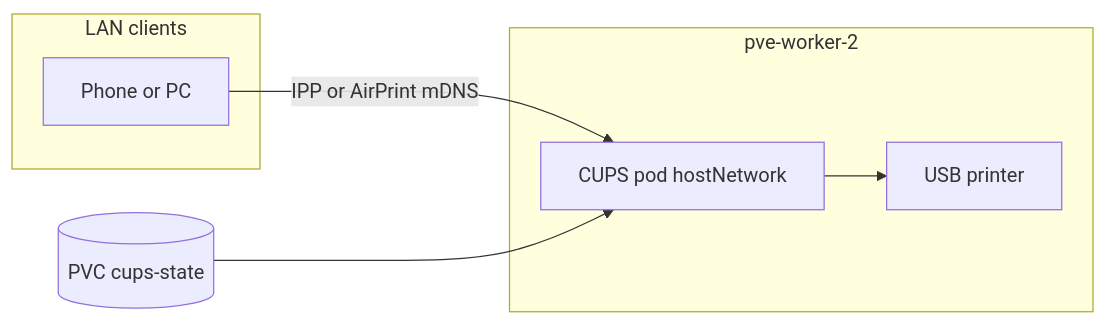
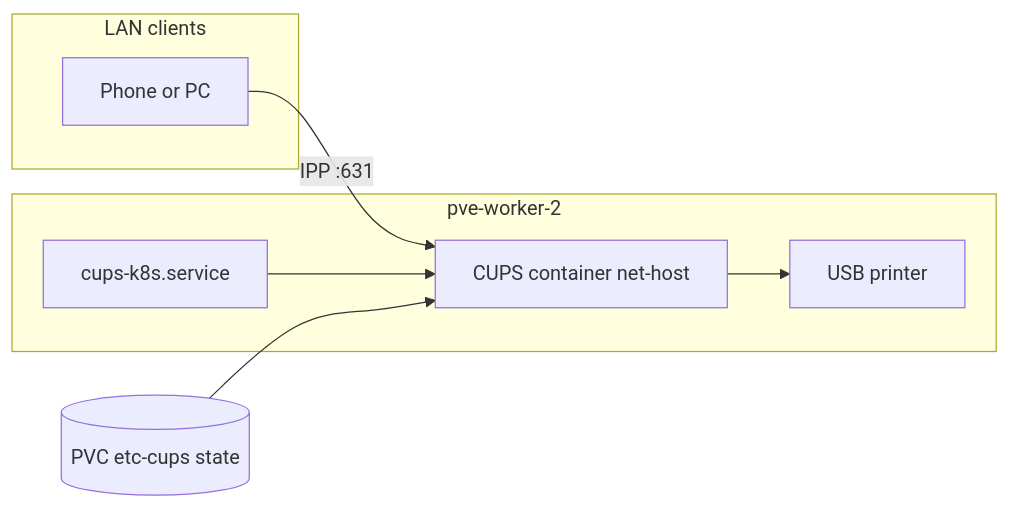
One commit to vutratenko/cups-k8s changed the diagram in README.md. Above: the diagram before and after it, drawn with Mermaid. The commit also changed other lines of this file and 8 other files, not shown here.

First line of the commit message:
Ship working CUPS on worker via systemd and stabilize image.

````diff
--- a/README.md
+++ b/README.md
@@ -7,13 +9,15 @@
 ```mermaid
 flowchart LR
   subgraph lan [LAN clients]
     Client[Phone or PC]
   end
-  subgraph node [pve-worker-2]
-    Pod[CUPS pod hostNetwork]
+  subgraph worker [pve-worker-2]
+    Systemd[cups-k8s.service]
+    Container[CUPS container net-host]
     USB[USB printer]
   end
-  Client -->|IPP or AirPrint mDNS| Pod
-  Pod --> USB
-  PVC[(PVC cups-state)] --> Pod
+  Client -->|IPP :631| Container
+  Systemd --> Container
+  Container --> USB
+  PVC[(PVC etc-cups state)] --> Container
 ```
````
